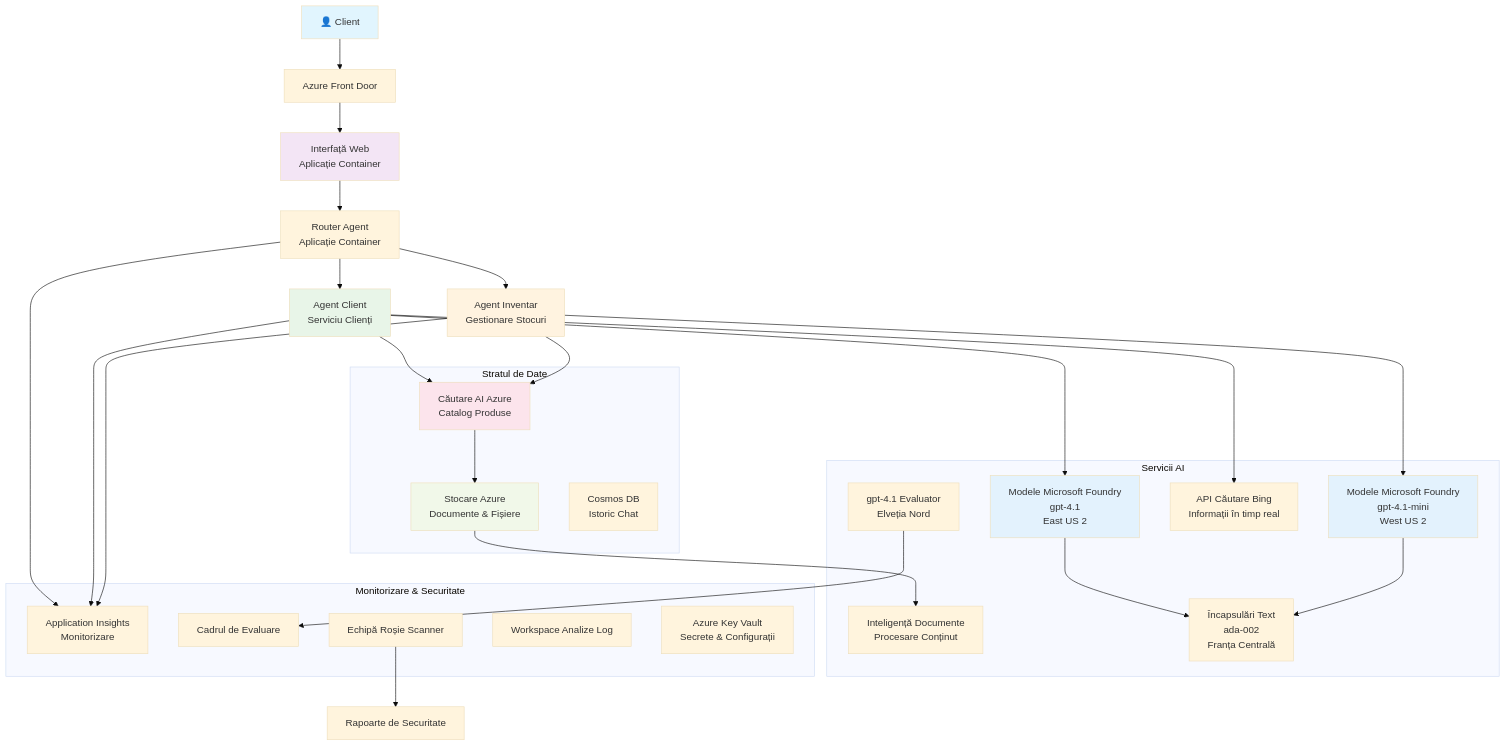
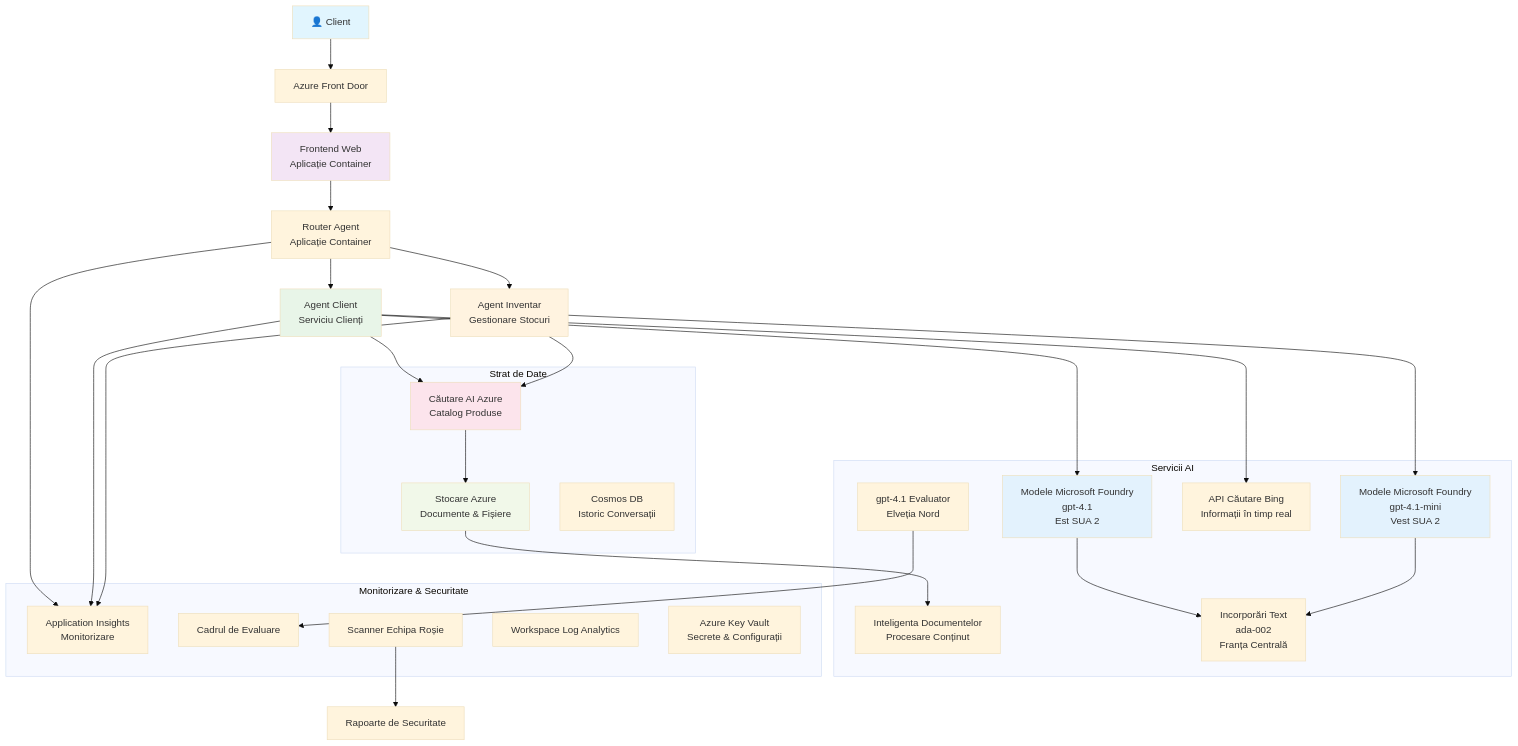
Before and after one commit to microsoft/AZD-for-beginners: the diagram in translations/ro/examples/retail-scenario.md, drawn with Mermaid (base theme). The commit also changed other lines of this file and 104 other files, not shown here.

````diff
--- a/translations/ro/examples/retail-scenario.md
+++ b/translations/ro/examples/retail-scenario.md
@@ -139,61 +139,61 @@
 ```mermaid
 graph TB
     User[👤 Client] --> LB[Azure Front Door]
-    LB --> WebApp[Interfață Web<br/>Aplicație Container]
+    LB --> WebApp[Frontend Web<br/>Aplicație Container]
     
     WebApp --> Router[Router Agent<br/>Aplicație Container]
     Router --> CustomerAgent[Agent Client<br/>Serviciu Clienți]
     Router --> InvAgent[Agent Inventar<br/>Gestionare Stocuri]
     
-    CustomerAgent --> OpenAI1[Modele Microsoft Foundry<br/>gpt-4.1<br/>East US 2]
-    InvAgent --> OpenAI2[Modele Microsoft Foundry<br/>gpt-4.1-mini<br/>West US 2]
+    CustomerAgent --> OpenAI1[Modele Microsoft Foundry<br/>gpt-4.1<br/>Est SUA 2]
+    InvAgent --> OpenAI2[Modele Microsoft Foundry<br/>gpt-4.1-mini<br/>Vest SUA 2]
     
     CustomerAgent --> AISearch[Căutare AI Azure<br/>Catalog Produse]
     CustomerAgent --> BingSearch[API Căutare Bing<br/>Informații în timp real]
     InvAgent --> AISearch
     
     AISearch --> Storage[Stocare Azure<br/>Documente & Fișiere]
-    Storage --> DocIntel[Inteligență Documente<br/>Procesare Conținut]
+    Storage --> DocIntel[Inteligenta Documentelor<br/>Procesare Conținut]
     
-    OpenAI1 --> Embeddings[Încapsulări Text<br/>ada-002<br/>Franța Centrală]
+    OpenAI1 --> Embeddings[Incorporări Text<br/>ada-002<br/>Franța Centrală]
     OpenAI2 --> Embeddings
     
     Router --> AppInsights[Application Insights<br/>Monitorizare]
     CustomerAgent --> AppInsights
     InvAgent --> AppInsights
     
     GraderModel[gpt-4.1 Evaluator<br/>Elveția Nord] --> Evaluation[Cadrul de Evaluare]
-    RedTeam[Echipă Roșie Scanner] --> SecurityReports[Rapoarte de Securitate]
+    RedTeam[Scanner Echipa Roșie] --> SecurityReports[Rapoarte de Securitate]
     
-    subgraph "Stratul de Date"
+    subgraph "Strat de Date"
         Storage
         AISearch
-        CosmosDB[Cosmos DB<br/>Istoric Chat]
+        CosmosDB[Cosmos DB<br/>Istoric Conversații]
     end
     
     subgraph "Servicii AI"
         OpenAI1
         OpenAI2
         Embeddings
         GraderModel
         DocIntel
         BingSearch
     end
     
     subgraph "Monitorizare & Securitate"
         AppInsights
-        LogAnalytics[Workspace Analize Log]
+        LogAnalytics[Workspace Log Analytics]
         KeyVault[Azure Key Vault<br/>Secrete & Configurații]
         RedTeam
         Evaluation
     end
     
     style User fill:#e1f5fe
     style WebApp fill:#f3e5f5
     style CustomerAgent fill:#e8f5e8
     style InvAgent fill:#fff3e0
     style OpenAI1 fill:#e3f2fd
     style OpenAI2 fill:#e3f2fd
     style AISearch fill:#fce4ec
     style Storage fill:#f1f8e9
-```  
+```
````
